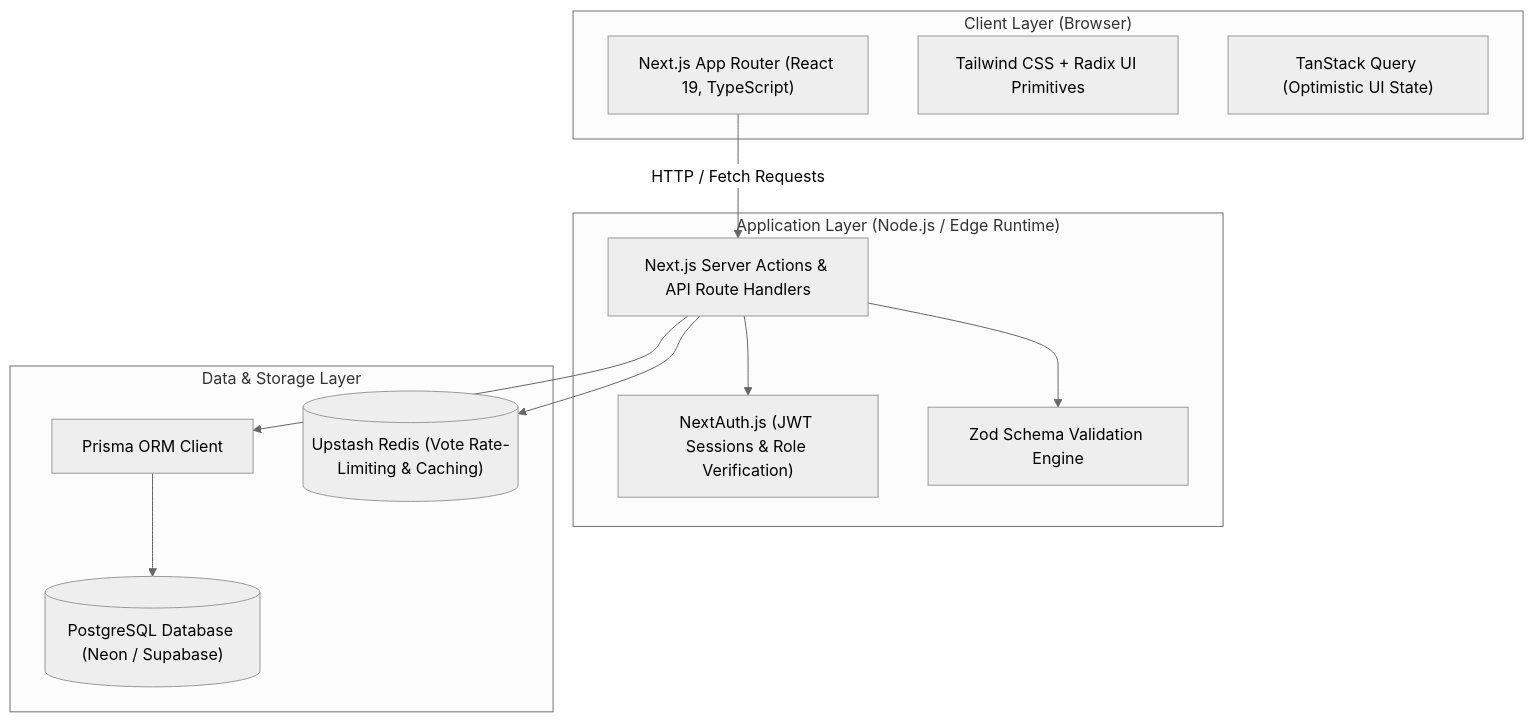
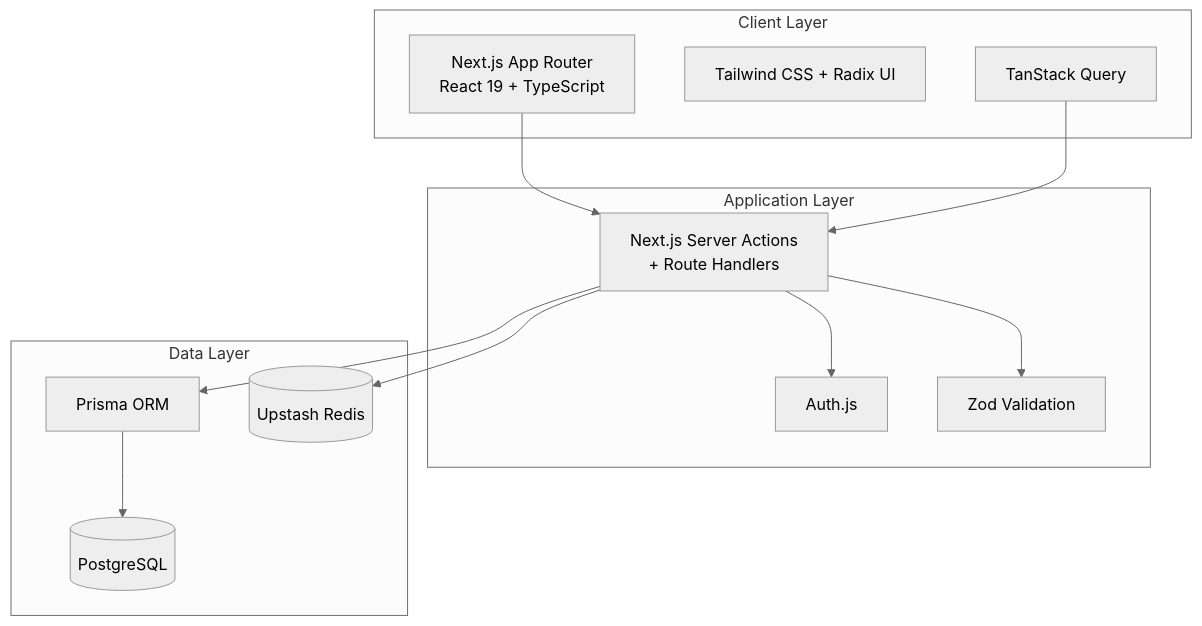
The diagram in README.md (Geetansh005/SWYNEX-Project-Architecture), drawn with Mermaid (neutral theme) before and after one commit. The commit also changed other lines of this file, not shown here.

````diff
--- a/README.md
+++ b/README.md
@@ -79,27 +87,28 @@
 ```mermaid
 graph TD
-    subgraph Client ["Client Layer (Browser)"]
-        UI["Next.js App Router (React 19, TypeScript)"]
-        Tailwind["Tailwind CSS + Radix UI Primitives"]
-        QueryClient["TanStack Query (Optimistic UI State)"]
+    subgraph Client["Client Layer"]
+        UI["Next.js App Router<br/>React 19 + TypeScript"]
+        Tailwind["Tailwind CSS + Radix UI"]
+        Query["TanStack Query"]
     end
 
-    subgraph Server ["Application Layer (Node.js / Edge Runtime)"]
-        NextServer["Next.js Server Actions & API Route Handlers"]
-        AuthMiddleware["NextAuth.js (JWT Sessions & Role Verification)"]
-        Validator["Zod Schema Validation Engine"]
+    subgraph Server["Application Layer"]
+        Next["Next.js Server Actions<br/>+ Route Handlers"]
+        Auth["Auth.js"]
+        Zod["Zod Validation"]
     end
 
-    subgraph Data ["Data & Storage Layer"]
-        Prisma["Prisma ORM Client"]
-        Postgres[("PostgreSQL Database (Neon / Supabase)")]
-        Redis[("Upstash Redis (Vote Rate-Limiting & Caching)")]
+    subgraph Data["Data Layer"]
+        Prisma["Prisma ORM"]
+        PostgreSQL[("PostgreSQL")]
+        Redis[("Upstash Redis")]
     end
 
-    UI -->|HTTP / Fetch Requests| NextServer
-    NextServer --> AuthMiddleware
-    NextServer --> Validator
-    NextServer --> Prisma
-    Prisma --> Postgres
-    NextServer --> Redis
+    UI --> Next
+    Query --> Next
+    Next --> Auth
+    Next --> Zod
+    Next --> Prisma
+    Prisma --> PostgreSQL
+    Next --> Redis
 ```
````
